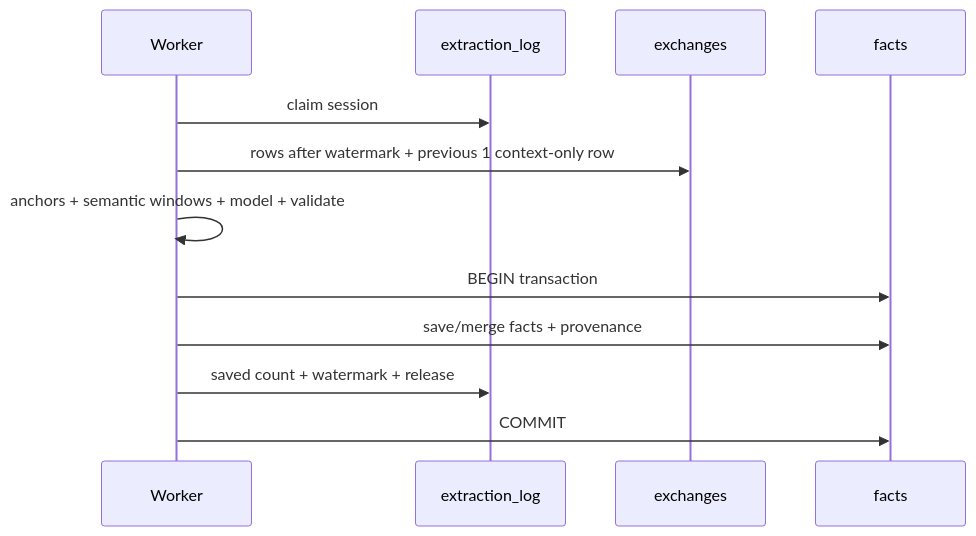
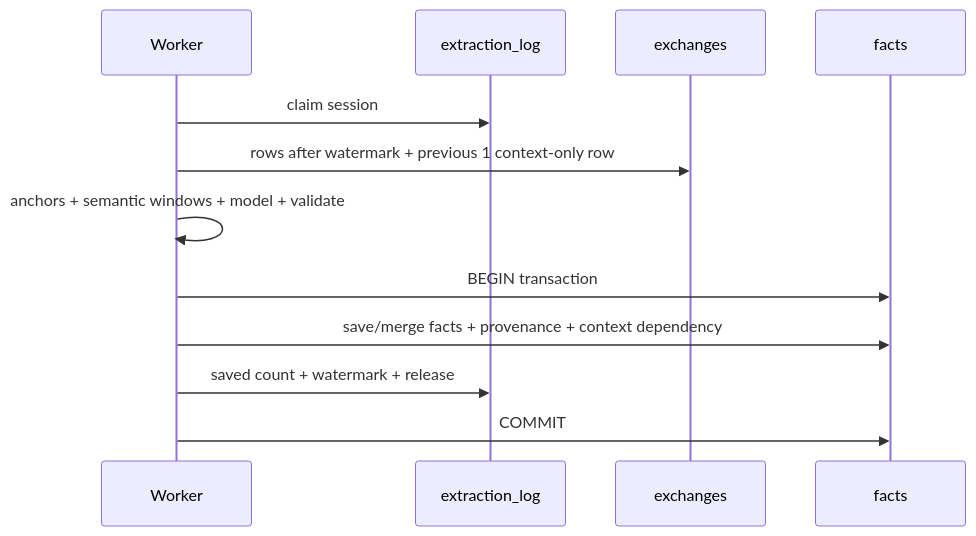
One commit to BongSuCHOI/memex changed the diagram in docs/FACT-LIFECYCLE.md. Above: the diagram before and after it, drawn with Mermaid. The commit also changed other lines of this file and 42 other files, not shown here.

````diff
--- a/docs/FACT-LIFECYCLE.md
+++ b/docs/FACT-LIFECYCLE.md
@@ -140,15 +142,15 @@
 ```mermaid
 sequenceDiagram
     participant W as Worker
     participant L as extraction_log
     participant E as exchanges
     participant F as facts
 
     W->>L: claim session
     W->>E: rows after watermark + previous 1 context-only row
     W->>W: anchors + semantic windows + model + validate
     W->>F: BEGIN transaction
-    W->>F: save/merge facts + provenance
+    W->>F: save/merge facts + provenance + context dependency
     W->>L: saved count + watermark + release
     W->>F: COMMIT
 ```
````
